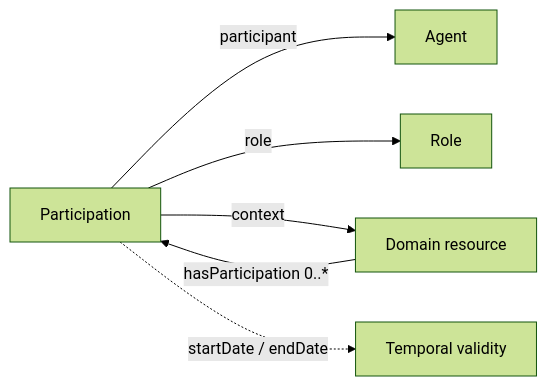
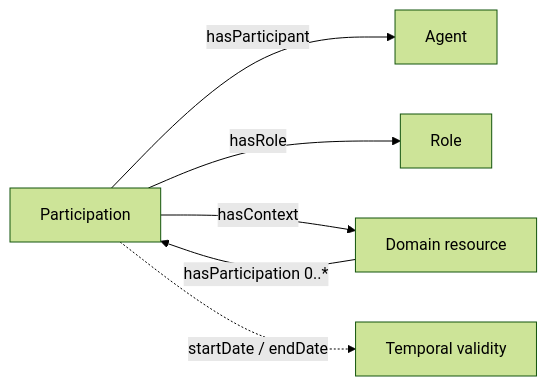
The diagram in modules/core/participation/docs/08_concept-diagram.md (project-construct-x/constructx-ontologies), drawn with Mermaid (forest theme) before and after one commit. The commit also changed other lines of this file and 43 other files, not shown here.

````diff
--- a/modules/core/participation/docs/08_concept-diagram.md
+++ b/modules/core/participation/docs/08_concept-diagram.md
@@ -10,8 +10,8 @@
 ```mermaid
 flowchart LR
-    Participation[Participation] -->|participant| Agent[Agent]
-    Participation -->|role| Role[Role]
-    Participation -->|context| Context[Domain resource]
+    Participation[Participation] -->|hasParticipant| Agent[Agent]
+    Participation -->|hasRole| Role[Role]
+    Participation -->|hasContext| Context[Domain resource]
     Context -->|"hasParticipation 0..*"| Participation
     Participation -.->|"startDate / endDate"| Period[Temporal validity]
 ```
````
